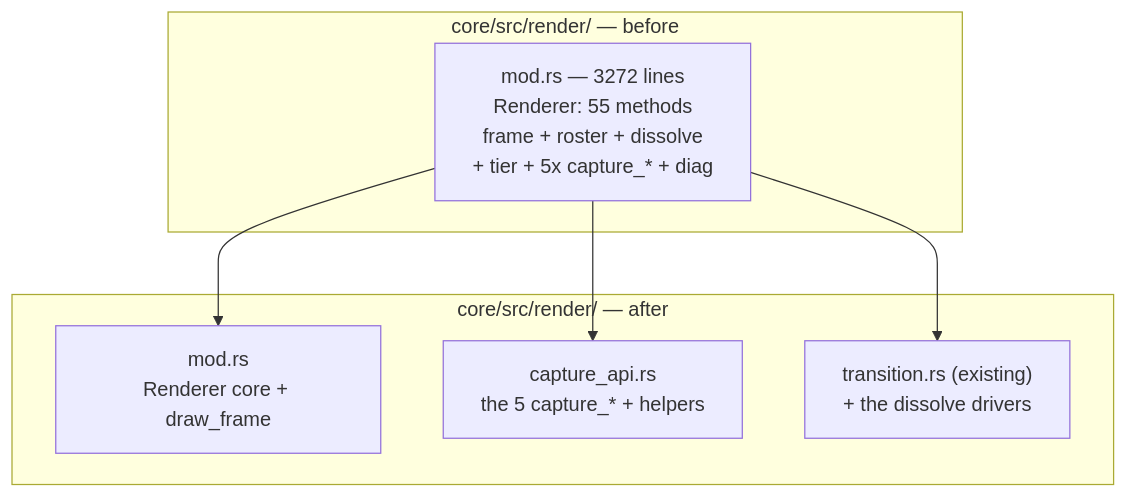
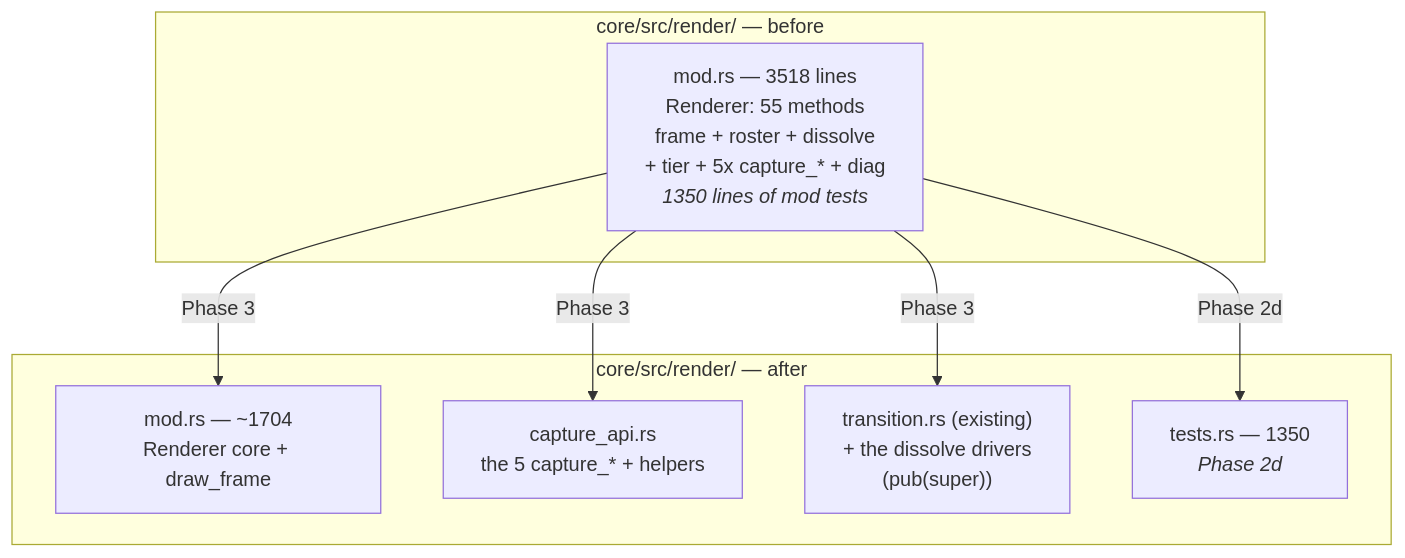
One commit to IgorKonovalov/Ritmolux changed the second of 4 diagrams in docs/plans/0061-the-build-stops-paying-for-what-it-is-not-building.md. Above: the diagram before and after it, drawn with Mermaid. The commit also changed other lines of this file and 1 other file, not shown here.

First line of the commit message:
docs(plan-0061): the size half measures total lines, and the test modules move first

````diff
--- a/docs/plans/0061-the-build-stops-paying-for-what-it-is-not-building.md
+++ b/docs/plans/0061-the-build-stops-paying-for-what-it-is-not-building.md
@@ -201,12 +277,14 @@
 ```mermaid
 flowchart TB
     subgraph before["core/src/render/ — before"]
-        M1["mod.rs — 3272 lines<br/>Renderer: 55 methods<br/>frame + roster + dissolve<br/>+ tier + 5x capture_* + diag"]
+        M1["mod.rs — 3518 lines<br/>Renderer: 55 methods<br/>frame + roster + dissolve<br/>+ tier + 5x capture_* + diag<br/><i>1350 lines of mod tests</i>"]
     end
     subgraph after["core/src/render/ — after"]
-        M2["mod.rs<br/>Renderer core + draw_frame"]
+        M2["mod.rs — ~1704<br/>Renderer core + draw_frame"]
         C2["capture_api.rs<br/>the 5 capture_* + helpers"]
-        T2["transition.rs (existing)<br/>+ the dissolve drivers"]
+        T2["transition.rs (existing)<br/>+ the dissolve drivers<br/>(pub(super))"]
+        X2["tests.rs — 1350<br/><i>Phase 2d</i>"]
     end
-    M1 --> M2 & C2 & T2
+    M1 -->|"Phase 2d"| X2
+    M1 -->|"Phase 3"| M2 & C2 & T2
 ```
````
